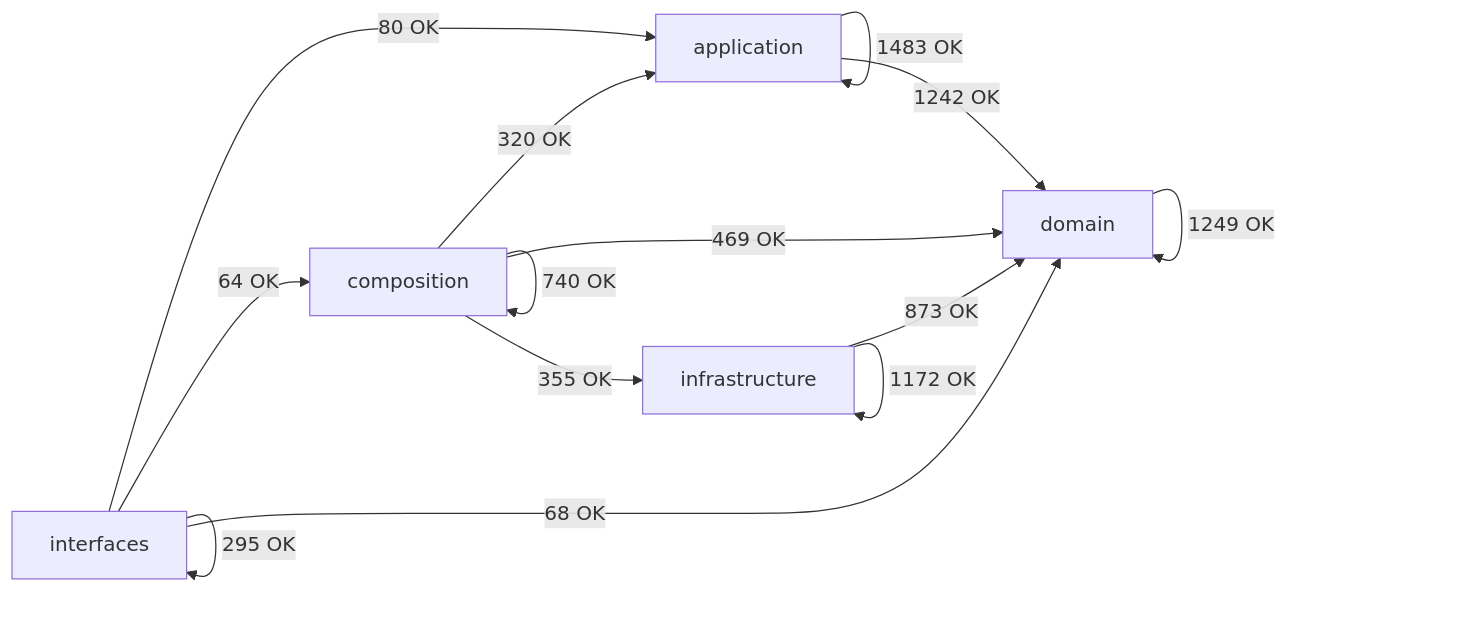
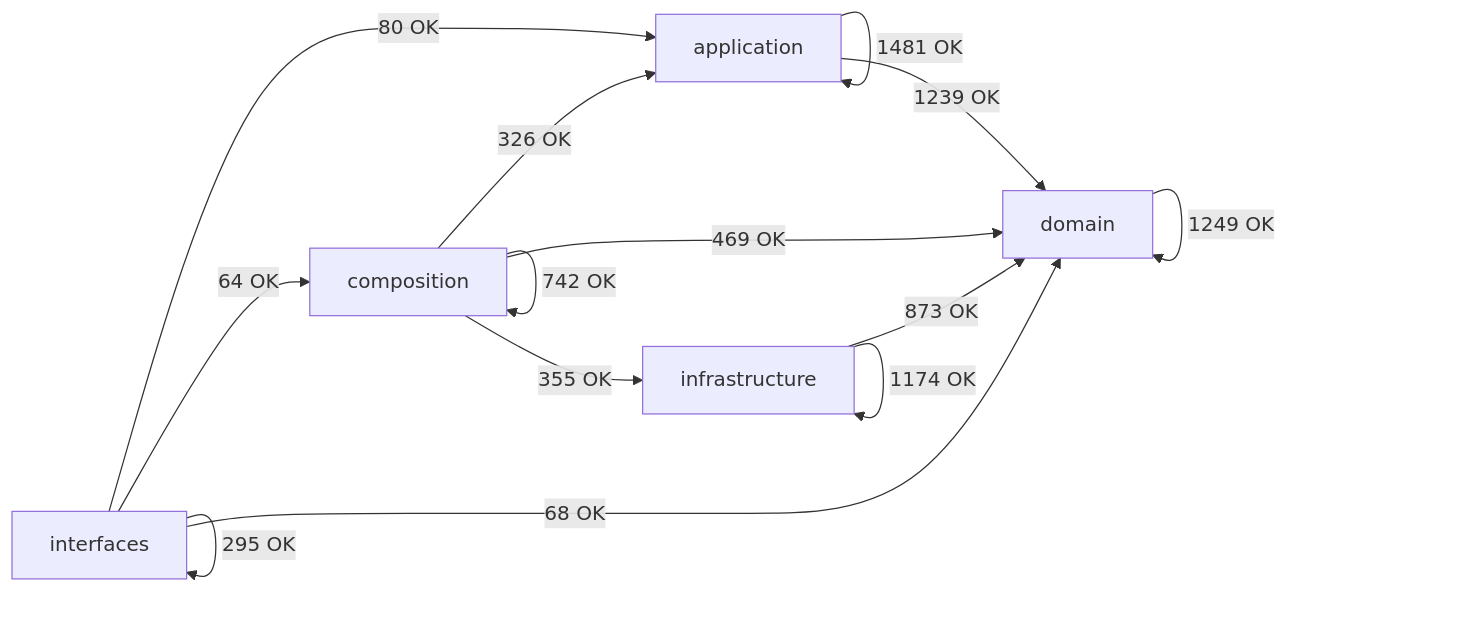
The diagram in docs/02-architecture/generated/module-dependency-map.md (SatoryKono/BioactivityDataAcquisition), drawn with Mermaid before and after one commit. The commit also changed other lines of this file and 60 other files, not shown here.

````diff
--- a/docs/02-architecture/generated/module-dependency-map.md
+++ b/docs/02-architecture/generated/module-dependency-map.md
@@ -17,21 +17,21 @@
 ```mermaid
 flowchart LR
     domain[domain]
     application[application]
     infrastructure[infrastructure]
     composition[composition]
     interfaces[interfaces]
-    application -->|1483 OK| application
-    application -->|1242 OK| domain
-    composition -->|320 OK| application
-    composition -->|740 OK| composition
+    application -->|1481 OK| application
+    application -->|1239 OK| domain
+    composition -->|326 OK| application
+    composition -->|742 OK| composition
     composition -->|469 OK| domain
     composition -->|355 OK| infrastructure
     domain -->|1249 OK| domain
     infrastructure -->|873 OK| domain
-    infrastructure -->|1172 OK| infrastructure
+    infrastructure -->|1174 OK| infrastructure
     interfaces -->|80 OK| application
     interfaces -->|64 OK| composition
     interfaces -->|68 OK| domain
     interfaces -->|295 OK| interfaces
 ```
````
